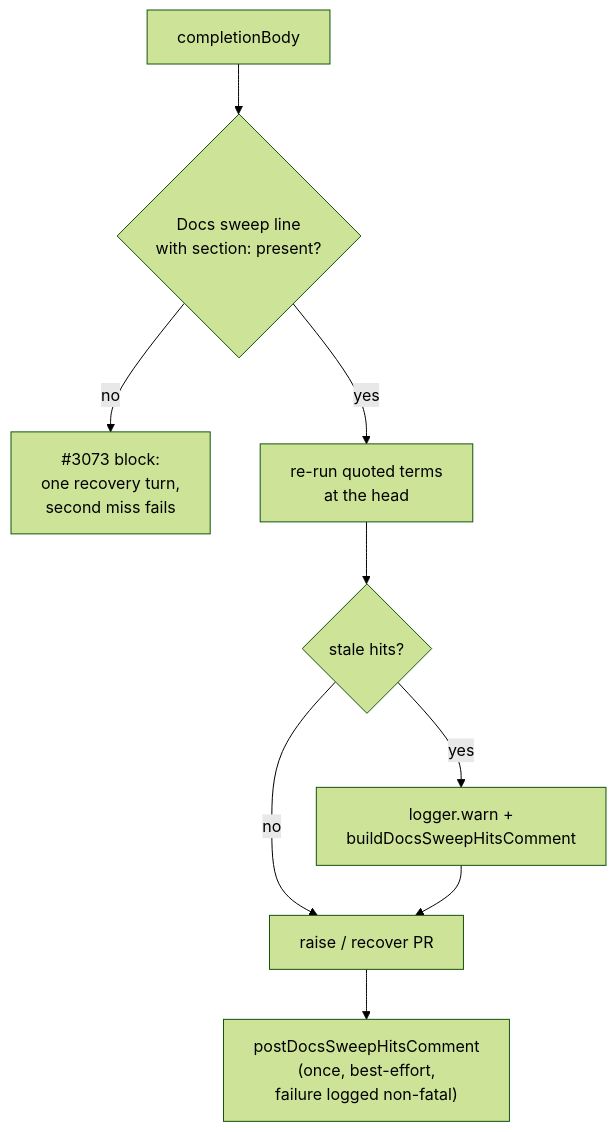
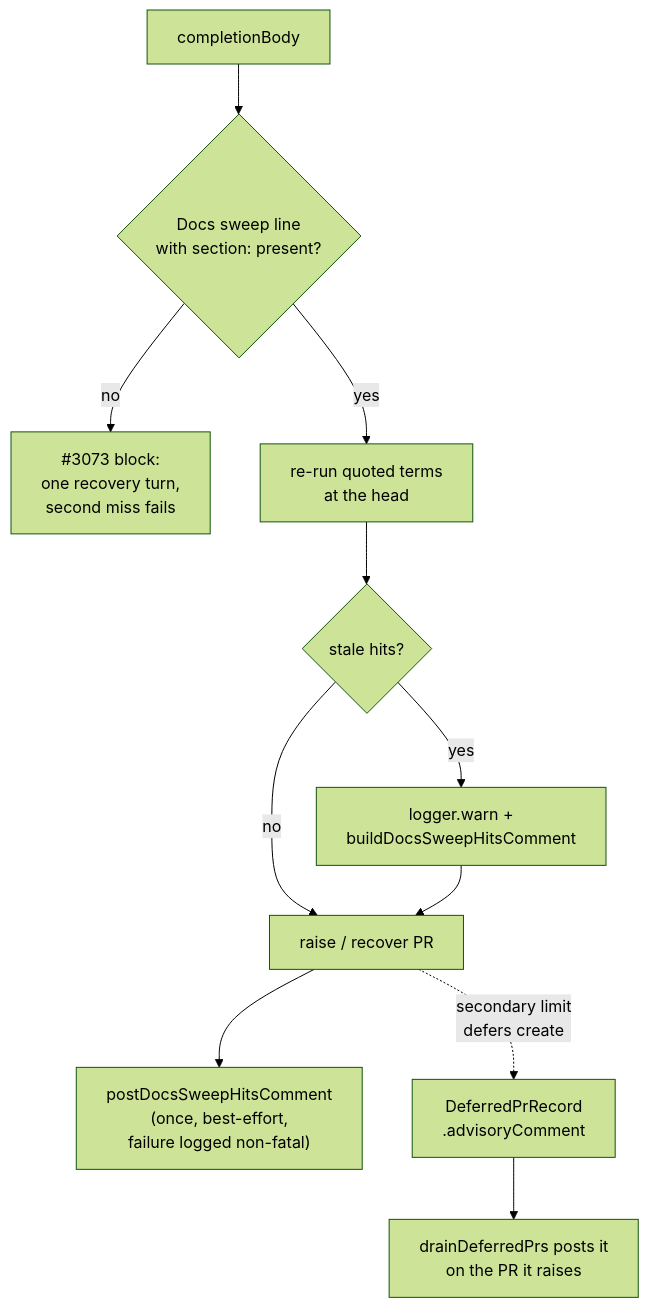
One commit to stSoftwareAU/VibeCoder changed the diagram in docs/archive/pr-summaries/pr-summary-3237.md. Above: the diagram before and after it, drawn with Mermaid (forest theme). The commit also changed other lines of this file and 8 other files, not shown here.

First line of the commit message:
Carry the Docs sweep advisory onto the deferred-PR path (#3237 review)

````diff
--- a/docs/archive/pr-summaries/pr-summary-3237.md
+++ b/docs/archive/pr-summaries/pr-summary-3237.md
@@ -24,11 +27,13 @@
 ```mermaid
 flowchart TD
     A[completionBody] --> B{"Docs sweep line<br/>with section: present?"}
     B -- no --> R["#3073 block:<br/>one recovery turn,<br/>second miss fails"]
     B -- yes --> T["re-run quoted terms<br/>at the head"]
     T --> H{stale hits?}
     H -- no --> P[raise / recover PR]
     H -- yes --> W["logger.warn +<br/>buildDocsSweepHitsComment"]
     W --> P
     P --> C["postDocsSweepHitsComment<br/>(once, best-effort,<br/>failure logged non-fatal)"]
+    P -. "secondary limit<br/>defers create" .-> D["DeferredPrRecord<br/>.advisoryComment"]
+    D --> E["drainDeferredPrs posts it<br/>on the PR it raises"]
 ```
````
